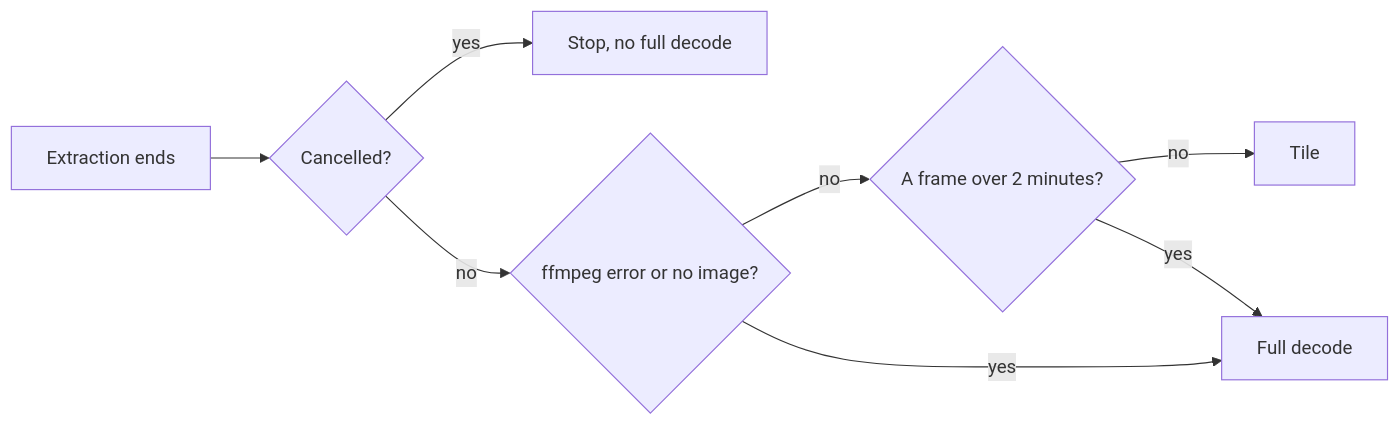
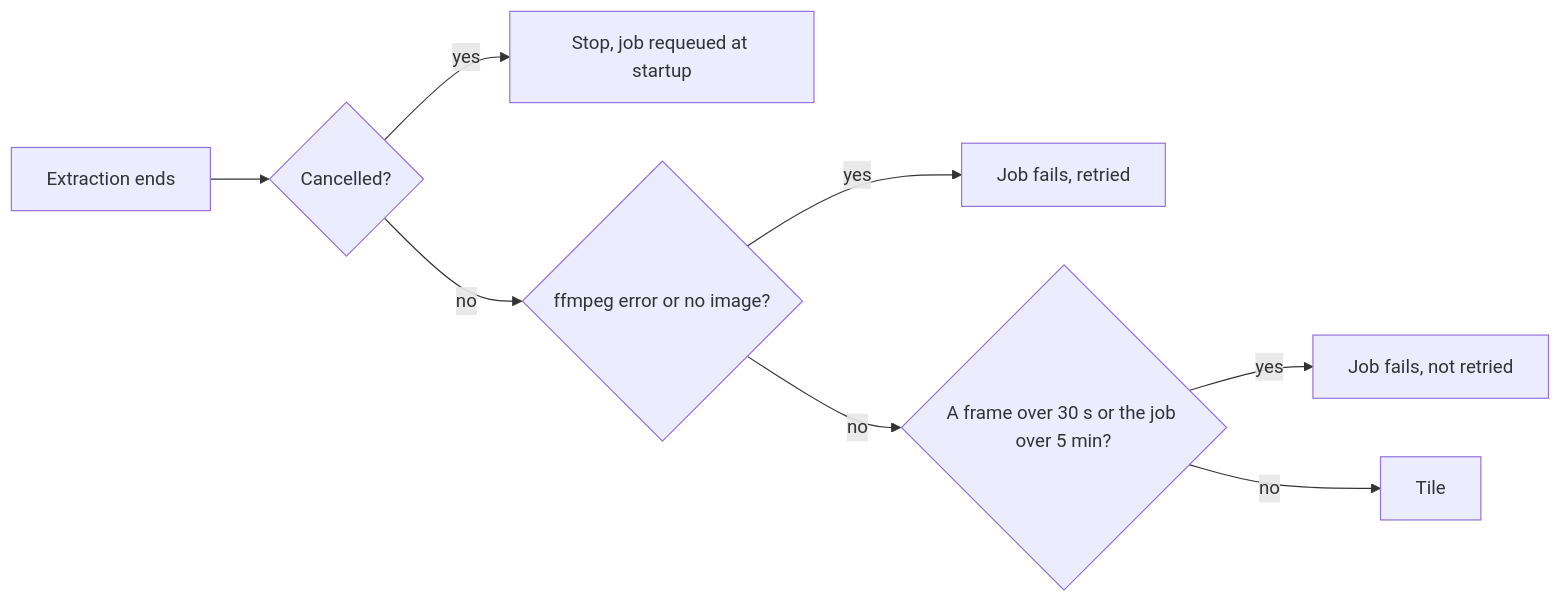
Before and after one commit to syudead/vv: the fourth of 5 diagrams in docs/design-docs/seek-sprite-generation.md, drawn with Mermaid. The commit also changed other lines of this file and 17 other files, not shown here.

First line of the commit message:
Fail slow seek sprites at once instead of decoding the whole video

````diff
--- a/docs/design-docs/seek-sprite-generation.md
+++ b/docs/design-docs/seek-sprite-generation.md
@@ -119,10 +120,10 @@
 ```mermaid
 flowchart LR
   ext[Extraction ends] --> cancel{Cancelled?}
-  cancel -->|yes| stop[Stop, no full decode]
+  cancel -->|yes| stop[Stop, job requeued at startup]
   cancel -->|no| err{ffmpeg error or no image?}
-  err -->|no| slow{A frame over 2 minutes?}
+  err -->|yes| fail[Job fails, retried]
+  err -->|no| slow{A frame over 30 s or the job over 5 min?}
+  slow -->|yes| repeat[Job fails, not retried]
   slow -->|no| ok[Tile]
-  slow -->|yes| full[Full decode]
-  err -->|yes| full
 ```
````
